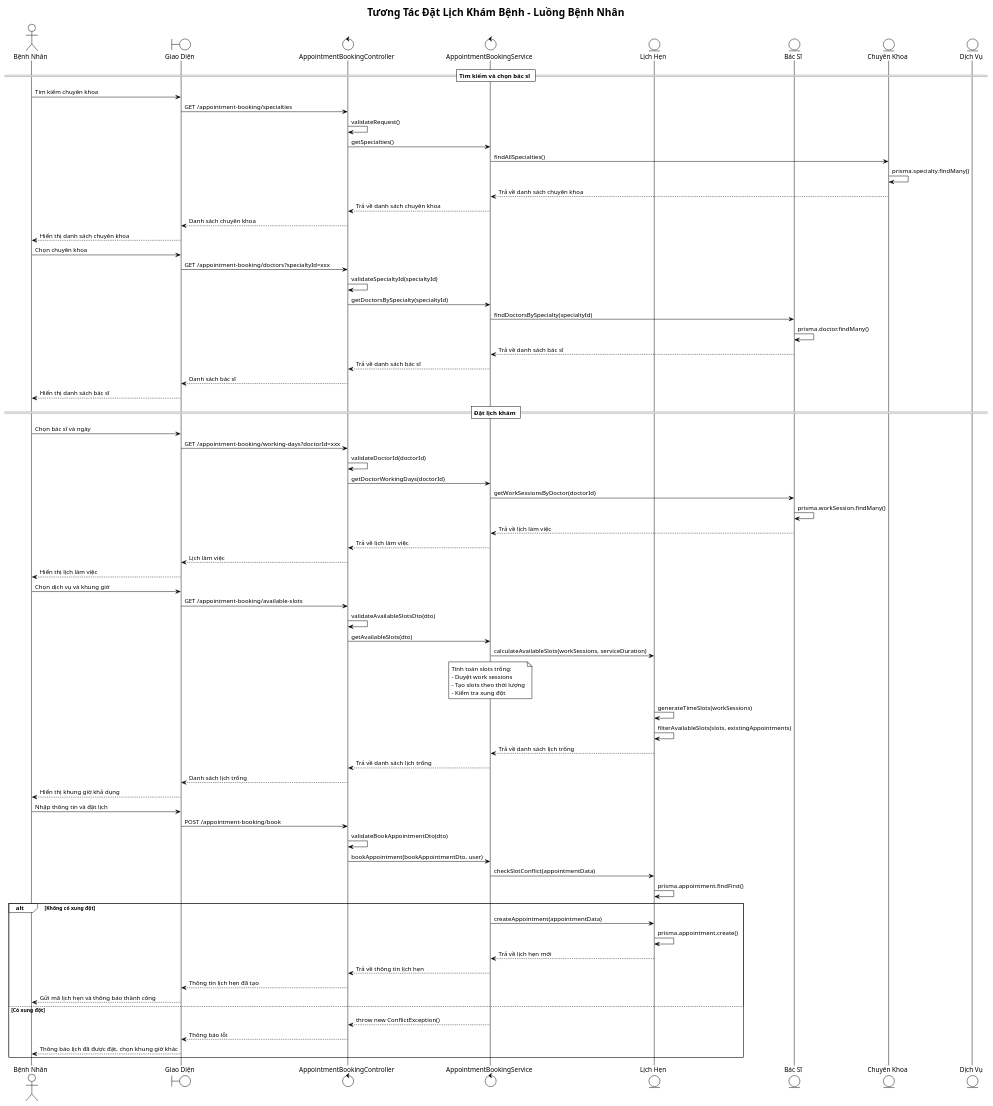
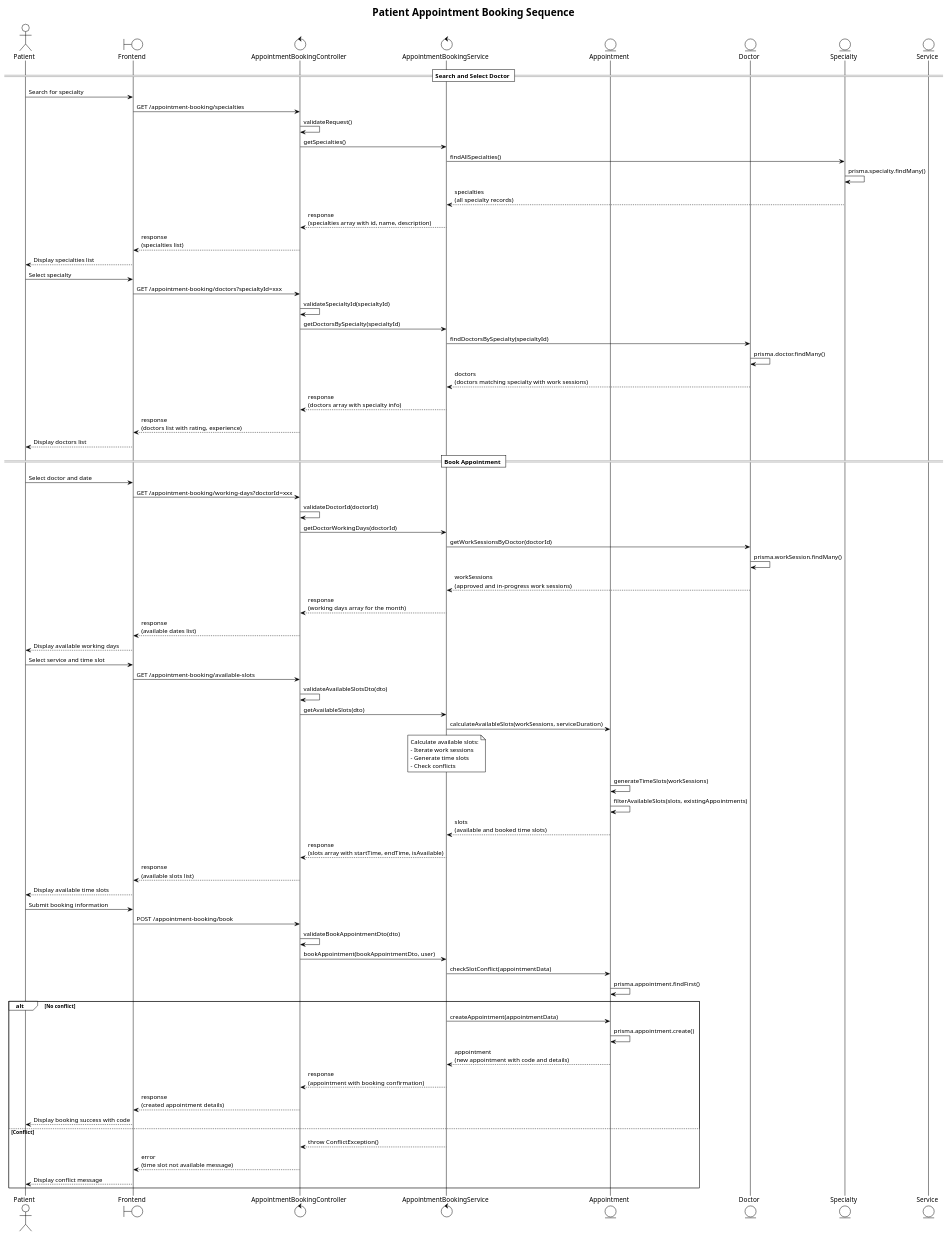
The diagram in docs/appointment-booking-patient-sequence.puml (iamKhang/revita-be), drawn with PlantUML before and after one commit. The commit also changed 7 other files, not shown here.

Commit message:
Update sequence diagram

```diff
--- a/docs/appointment-booking-patient-sequence.puml
+++ b/docs/appointment-booking-patient-sequence.puml
@@ -1,88 +1,88 @@
 @startuml Appointment Booking - Patient Sequence Diagram
 !theme plain
-title Tương Tác Đặt Lịch Khám Bệnh - Luồng Bệnh Nhân
+title Patient Appointment Booking Sequence
 
-actor "Bệnh Nhân" as P
-boundary "Giao Diện" as F
+actor "Patient" as P
+boundary "Frontend" as F
 control "AppointmentBookingController" as C
 control "AppointmentBookingService" as S
-entity "Lịch Hẹn" as A
-entity "Bác Sĩ" as D
-entity "Chuyên Khoa" as SP
-entity "Dịch Vụ" as SV
+entity "Appointment" as A
+entity "Doctor" as D
+entity "Specialty" as SP
+entity "Service" as SV
 
-== Tìm kiếm và chọn bác sĩ ==
+== Search and Select Doctor ==
 
-P -> F: Tìm kiếm chuyên khoa
+P -> F: Search for specialty
 F -> C: GET /appointment-booking/specialties
 C -> C: validateRequest()
 C -> S: getSpecialties()
 S -> SP: findAllSpecialties()
 SP -> SP: prisma.specialty.findMany()
-SP --> S: Trả về danh sách chuyên khoa
-S --> C: Trả về danh sách chuyên khoa
-C --> F: Danh sách chuyên khoa
-F --> P: Hiển thị danh sách chuyên khoa
+SP --> S: specialties\n(all specialty records)
+S --> C: response\n(specialties array with id, name, description)
+C --> F: response\n(specialties list)
+F --> P: Display specialties list
 
-P -> F: Chọn chuyên khoa
+P -> F: Select specialty
 F -> C: GET /appointment-booking/doctors?specialtyId=xxx
 C -> C: validateSpecialtyId(specialtyId)
 C -> S: getDoctorsBySpecialty(specialtyId)
 S -> D: findDoctorsBySpecialty(specialtyId)
 D -> D: prisma.doctor.findMany()
-D --> S: Trả về danh sách bác sĩ
-S --> C: Trả về danh sách bác sĩ
-C --> F: Danh sách bác sĩ
-F --> P: Hiển thị danh sách bác sĩ
+D --> S: doctors\n(doctors matching specialty with work sessions)
+S --> C: response\n(doctors array with specialty info)
+C --> F: response\n(doctors list with rating, experience)
+F --> P: Display doctors list
 
-== Đặt lịch khám ==
+== Book Appointment ==
 
-P -> F: Chọn bác sĩ và ngày
+P -> F: Select doctor and date
 F -> C: GET /appointment-booking/working-days?doctorId=xxx
 C -> C: validateDoctorId(doctorId)
 C -> S: getDoctorWorkingDays(doctorId)
 S -> D: getWorkSessionsByDoctor(doctorId)
 D -> D: prisma.workSession.findMany()
-D --> S: Trả về lịch làm việc
-S --> C: Trả về lịch làm việc
-C --> F: Lịch làm việc
-F --> P: Hiển thị lịch làm việc
+D --> S: workSessions\n(approved and in-progress work sessions)
+S --> C: response\n(working days array for the month)
+C --> F: response\n(available dates list)
+F --> P: Display available working days
 
-P -> F: Chọn dịch vụ và khung giờ
+P -> F: Select service and time slot
 F -> C: GET /appointment-booking/available-slots
 C -> C: validateAvailableSlotsDto(dto)
 C -> S: getAvailableSlots(dto)
 S -> A: calculateAvailableSlots(workSessions, serviceDuration)
 
-note over S: Tính toán slots trống:\n- Duyệt work sessions\n- Tạo slots theo thời lượng\n- Kiểm tra xung đột
+note over S: Calculate available slots:\n- Iterate work sessions\n- Generate time slots\n- Check conflicts
 
 A -> A: generateTimeSlots(workSessions)
 A -> A: filterAvailableSlots(slots, existingAppointments)
-A --> S: Trả về danh sách lịch trống
-S --> C: Trả về danh sách lịch trống
-C --> F: Danh sách lịch trống
-F --> P: Hiển thị khung giờ khả dụng
+A --> S: slots\n(available and booked time slots)
+S --> C: response\n(slots array with startTime, endTime, isAvailable)
+C --> F: response\n(available slots list)
+F --> P: Display available time slots
 
-P -> F: Nhập thông tin và đặt lịch
+P -> F: Submit booking information
 F -> C: POST /appointment-booking/book
 C -> C: validateBookAppointmentDto(dto)
 C -> S: bookAppointment(bookAppointmentDto, user)
 
 S -> A: checkSlotConflict(appointmentData)
 A -> A: prisma.appointment.findFirst()
 
-alt Không có xung đột
+alt No conflict
   S -> A: createAppointment(appointmentData)
   A -> A: prisma.appointment.create()
-  A --> S: Trả về lịch hẹn mới
-  S --> C: Trả về thông tin lịch hẹn
-  C --> F: Thông tin lịch hẹn đã tạo
-  F --> P: Gửi mã lịch hẹn và thông báo thành công
+  A --> S: appointment\n(new appointment with code and details)
+  S --> C: response\n(appointment with booking confirmation)
+  C --> F: response\n(created appointment details)
+  F --> P: Display booking success with code
   
-else Có xung đột
-  S --> C: throw new ConflictException()
-  C --> F: Thông báo lỗi
-  F --> P: Thông báo lịch đã được đặt, chọn khung giờ khác
+else Conflict
+  S --> C: throw ConflictException()
+  C --> F: error\n(time slot not available message)
+  F --> P: Display conflict message
 end
 
 @enduml
```
